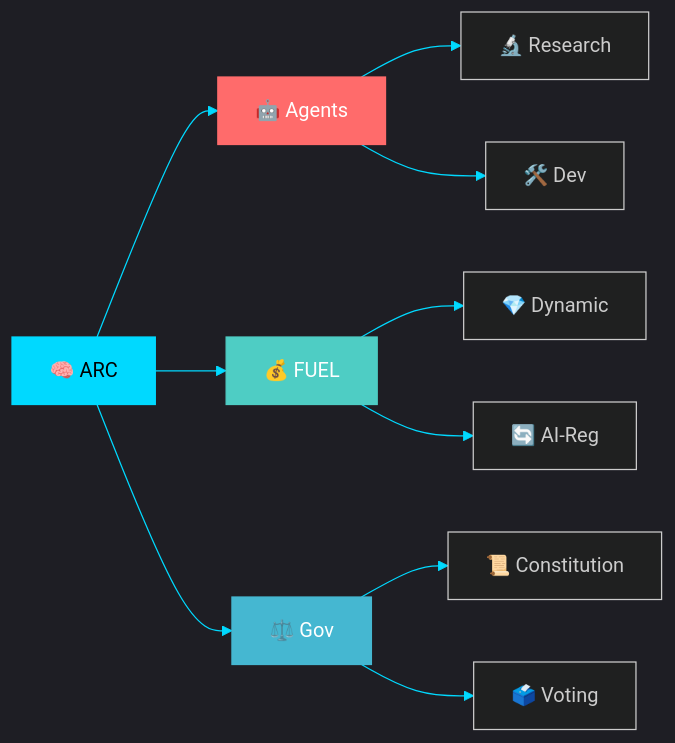
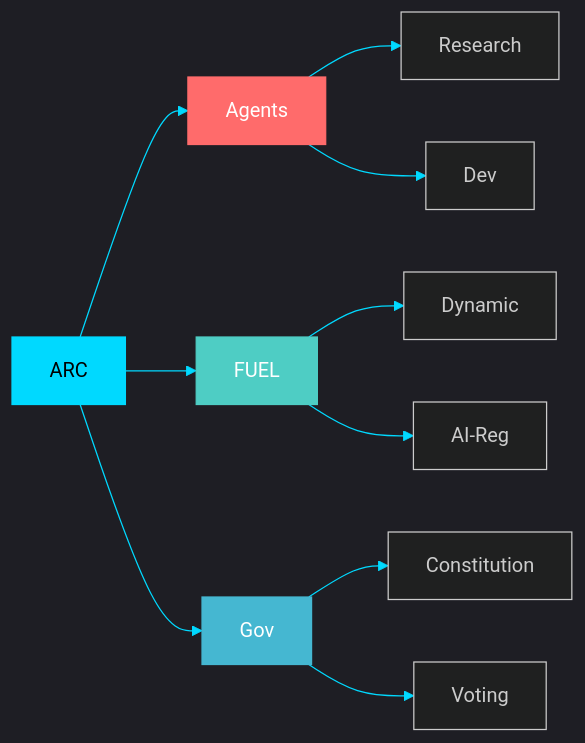
The diagram in profile/README.md (Artifact-Virtual/.github), drawn with Mermaid before and after one commit. The commit also changed other lines of this file, not shown here.

````diff
--- a/profile/README.md
+++ b/profile/README.md
@@ -31,18 +23,18 @@
 ```mermaid
 %%{init: {'theme':'dark', 'themeVariables': { 'primaryColor': '#00D9FF', 'primaryTextColor': '#FFFFFF', 'primaryBorderColor': '#00D9FF', 'lineColor': '#00D9FF', 'secondaryColor': '#1a1a1a', 'tertiaryColor': '#2a2a2a'}}}%%
 graph LR
-    A[🧠 ARC] --> B[🤖 Agents]
-    A --> C[💰 FUEL]
-    A --> D[⚖️ Gov]
-    B --> E[🔬 Research]
-    B --> F[🛠️ Dev]
-    C --> G[💎 Dynamic]
-    C --> H[🔄 AI-Reg]
-    D --> I[📜 Constitution]
-    D --> J[🗳️ Voting]
+    A[ARC] --> B[Agents]
+    A --> C[FUEL]
+    A --> D[Gov]
+    B --> E[Research]
+    B --> F[Dev]
+    C --> G[Dynamic]
+    C --> H[AI-Reg]
+    D --> I[Constitution]
+    D --> J[Voting]
     
     style A fill:#00D9FF,stroke:#00D9FF,color:#000
     style B fill:#FF6B6B,stroke:#FF6B6B,color:#fff
     style C fill:#4ECDC4,stroke:#4ECDC4,color:#fff
     style D fill:#45B7D1,stroke:#45B7D1,color:#fff
 ```
````
